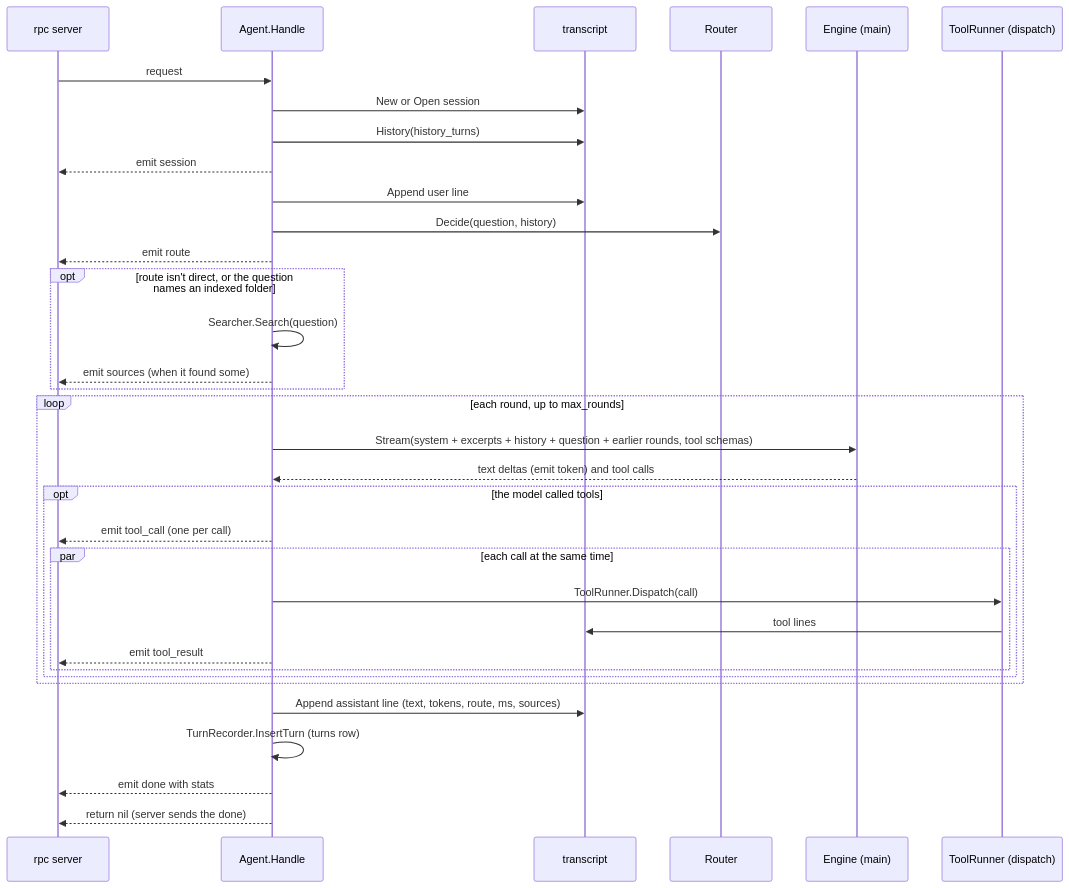
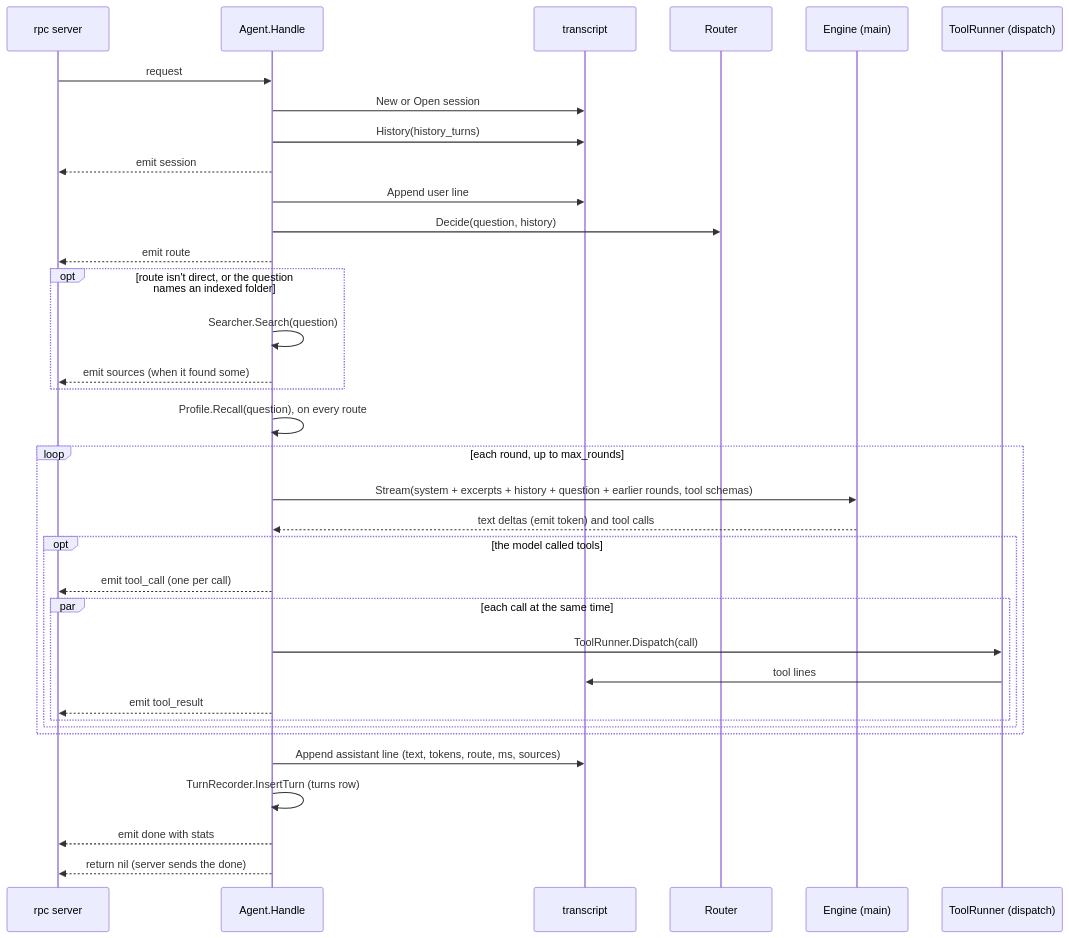
Before and after one commit to aarora79/meru: the diagram in docs/coding-notes/agent.md, drawn with Mermaid. The commit also changed other lines of this file and 35 other files, not shown here.

````diff
--- a/docs/coding-notes/agent.md
+++ b/docs/coding-notes/agent.md
@@ -30,36 +30,37 @@
 ```mermaid
 sequenceDiagram
     participant S as rpc server
     participant A as Agent.Handle
     participant T as transcript
     participant R as Router
     participant E as Engine (main)
     participant D as ToolRunner (dispatch)
     S->>A: request
     A->>T: New or Open session
     A->>T: History(history_turns)
     A-->>S: emit session
     A->>T: Append user line
     A->>R: Decide(question, history)
     A-->>S: emit route
     opt route isn't direct, or the question names an indexed folder
         A->>A: Searcher.Search(question)
         A-->>S: emit sources (when it found some)
     end
+    A->>A: Profile.Recall(question), on every route
     loop each round, up to max_rounds
         A->>E: Stream(system + excerpts + history + question + earlier rounds, tool schemas)
         E-->>A: text deltas (emit token) and tool calls
         opt the model called tools
             A-->>S: emit tool_call (one per call)
             par each call at the same time
                 A->>D: ToolRunner.Dispatch(call)
                 D->>T: tool lines
                 A-->>S: emit tool_result
             end
         end
     end
     A->>T: Append assistant line (text, tokens, route, ms, sources)
     A->>A: TurnRecorder.InsertTurn (turns row)
     A-->>S: emit done with stats
     A-->>S: return nil (server sends the done)
 ```
````
